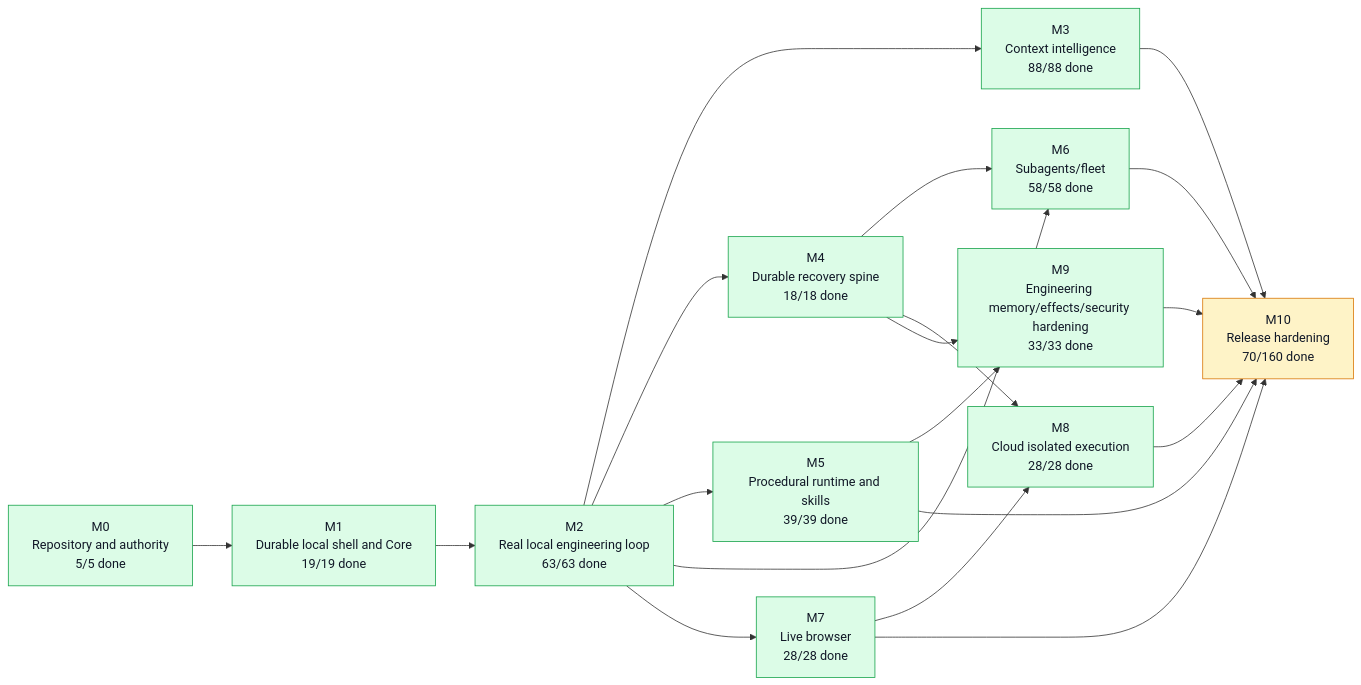
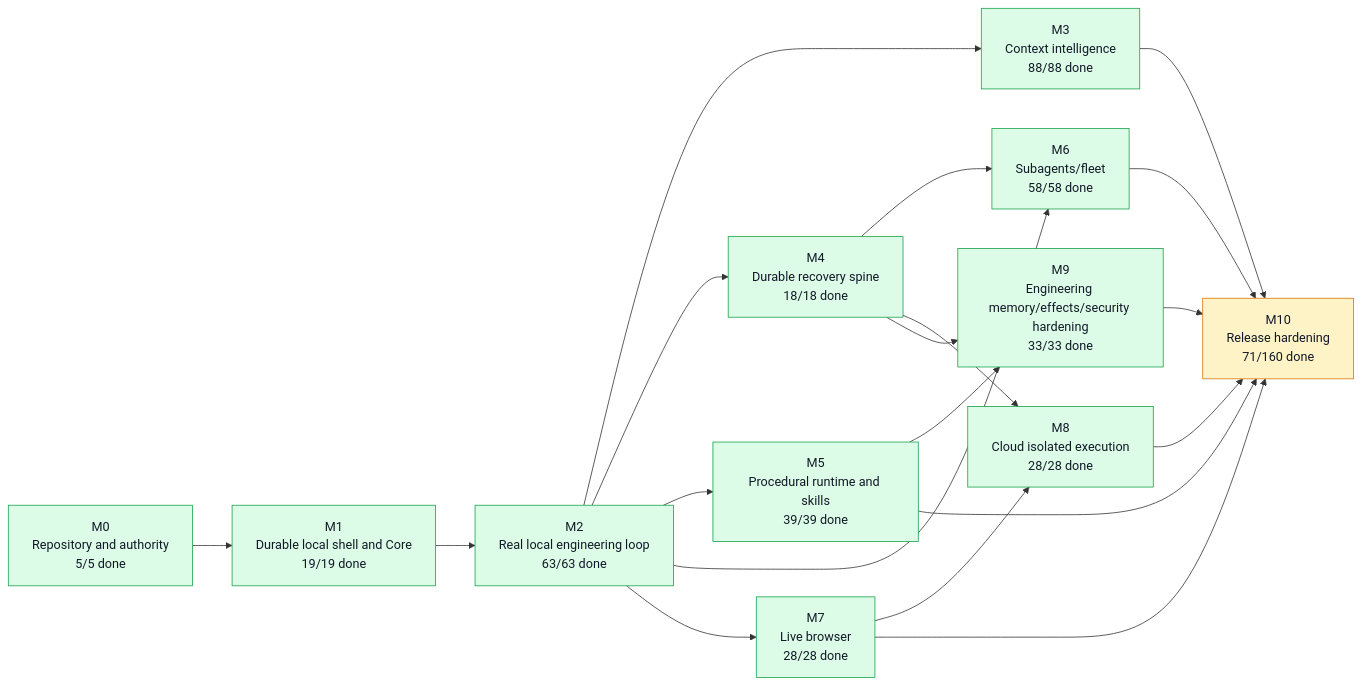
The first of 5 diagrams in graph/PROJECT_GRAPH.md (moss101/modbit), drawn with Mermaid before and after one commit. The commit also changed other lines of this file and 6 other files, not shown here.

````diff
--- a/graph/PROJECT_GRAPH.md
+++ b/graph/PROJECT_GRAPH.md
@@ -57,43 +57,43 @@
 ```mermaid
 flowchart LR
   M0["M0<br/>Repository and authority<br/>5/5 done"]
   M1["M1<br/>Durable local shell and Core<br/>19/19 done"]
   M2["M2<br/>Real local engineering loop<br/>63/63 done"]
   M3["M3<br/>Context intelligence<br/>88/88 done"]
   M4["M4<br/>Durable recovery spine<br/>18/18 done"]
   M5["M5<br/>Procedural runtime and skills<br/>39/39 done"]
   M6["M6<br/>Subagents/fleet<br/>58/58 done"]
   M7["M7<br/>Live browser<br/>28/28 done"]
   M8["M8<br/>Cloud isolated execution<br/>28/28 done"]
   M9["M9<br/>Engineering memory/effects/security hardening<br/>33/33 done"]
-  M10["M10<br/>Release hardening<br/>70/160 done"]
+  M10["M10<br/>Release hardening<br/>71/160 done"]
   M0 --> M1
   M1 --> M2
   M2 --> M3
   M2 --> M4
   M2 --> M5
   M2 --> M6
   M4 --> M6
   M2 --> M7
   M4 --> M8
   M7 --> M8
   M4 --> M9
   M5 --> M9
   M3 --> M10
   M5 --> M10
   M6 --> M10
   M7 --> M10
   M8 --> M10
   M9 --> M10
   style M0 fill:#dcfce7,stroke:#16a34a,color:#111827
   style M1 fill:#dcfce7,stroke:#16a34a,color:#111827
   style M2 fill:#dcfce7,stroke:#16a34a,color:#111827
   style M3 fill:#dcfce7,stroke:#16a34a,color:#111827
   style M4 fill:#dcfce7,stroke:#16a34a,color:#111827
   style M5 fill:#dcfce7,stroke:#16a34a,color:#111827
   style M6 fill:#dcfce7,stroke:#16a34a,color:#111827
   style M7 fill:#dcfce7,stroke:#16a34a,color:#111827
   style M8 fill:#dcfce7,stroke:#16a34a,color:#111827
   style M9 fill:#dcfce7,stroke:#16a34a,color:#111827
   style M10 fill:#fef3c7,stroke:#d97706,color:#111827
 ```
````
